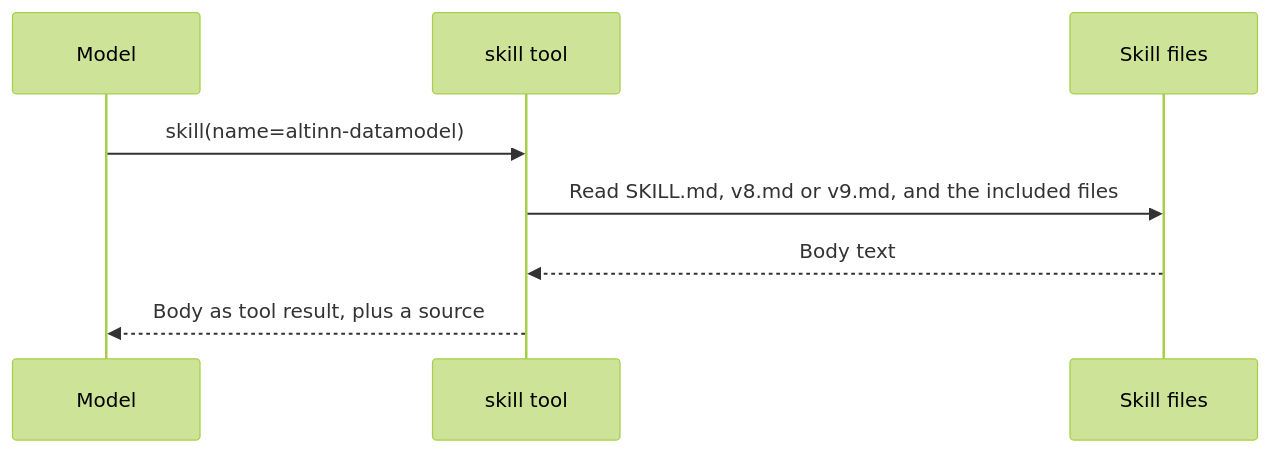
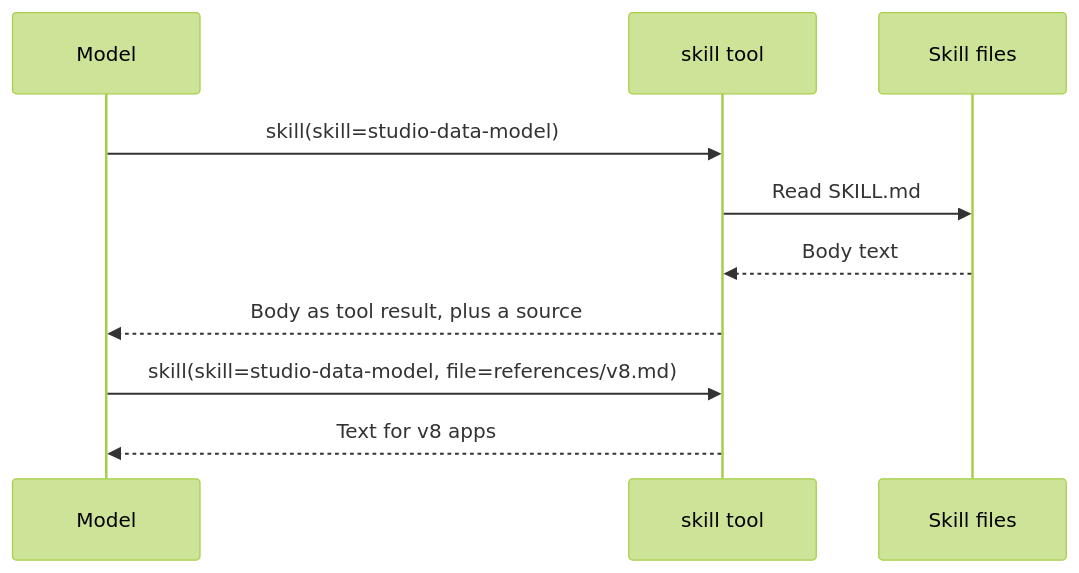
Before and after one commit to Altinn/altinn-studio: the second of 3 diagrams in src/AI/assistant/docs/modules/prompt-and-skills.md, drawn with Mermaid (forest theme). The commit also changed other lines of this file and 32 other files, not shown here.

````diff
--- a/src/AI/assistant/docs/modules/prompt-and-skills.md
+++ b/src/AI/assistant/docs/modules/prompt-and-skills.md
@@ -25,10 +25,12 @@
 ```mermaid
 sequenceDiagram
   participant M as Model
   participant T as skill tool
   participant F as Skill files
-  M->>T: skill(name=altinn-datamodel)
-  T->>F: Read SKILL.md, v8.md or v9.md, and the included files
+  M->>T: skill(skill=studio-data-model)
+  T->>F: Read SKILL.md
   F-->>T: Body text
   T-->>M: Body as tool result, plus a source
+  M->>T: skill(skill=studio-data-model, file=references/v8.md)
+  T-->>M: Text for v8 apps
 ```
````
